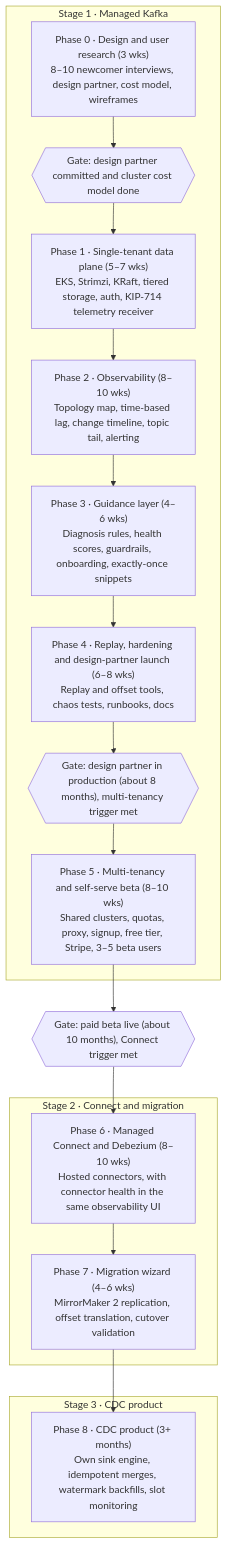
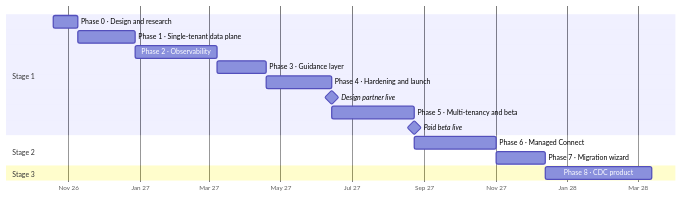
Before and after one commit to ReneP92/changeport: the second of 2 diagrams in docs/PROJECT_PLAN.md, drawn with Mermaid. The commit also changed other lines of this file, not shown here.

Commit message:
Fix overlapping architecture labels and show the roadmap as a timeline

````diff
--- a/docs/PROJECT_PLAN.md
+++ b/docs/PROJECT_PLAN.md
@@ -136,26 +138,21 @@
 ```mermaid
-flowchart TB
-  subgraph S1["Stage 1 · Managed Kafka"]
-    P0["Phase 0 · Design and user research (3 wks)<br/>8–10 newcomer interviews, design partner, cost model, wireframes"]
-    GA{{"Gate: design partner committed and cluster cost model done"}}
-    P1["Phase 1 · Single-tenant data plane (5–7 wks)<br/>EKS, Strimzi, KRaft, tiered storage, auth, KIP-714 telemetry receiver"]
-    P2["Phase 2 · Observability (8–10 wks)<br/>Topology map, time-based lag, change timeline, topic tail, alerting"]
-    P3["Phase 3 · Guidance layer (4–6 wks)<br/>Diagnosis rules, health scores, guardrails, onboarding, exactly-once snippets"]
-    P4["Phase 4 · Replay, hardening and design-partner launch (6–8 wks)<br/>Replay and offset tools, chaos tests, runbooks, docs"]
-    GB{{"Gate: design partner in production (about 8 months), multi-tenancy trigger met"}}
-    P5["Phase 5 · Multi-tenancy and self-serve beta (8–10 wks)<br/>Shared clusters, quotas, proxy, signup, free tier, Stripe, 3–5 beta users"]
-  end
-
-  GC{{"Gate: paid beta live (about 10 months), Connect trigger met"}}
-
-  subgraph S2["Stage 2 · Connect and migration"]
-    P6["Phase 6 · Managed Connect and Debezium (8–10 wks)<br/>Hosted connectors, with connector health in the same observability UI"]
-    P7["Phase 7 · Migration wizard (4–6 wks)<br/>MirrorMaker 2 replication, offset translation, cutover validation"]
-  end
-
-  subgraph S3["Stage 3 · CDC product"]
-    P8["Phase 8 · CDC product (3+ months)<br/>Own sink engine, idempotent merges, watermark backfills, slot monitoring"]
-  end
-
-  P0 --> GA --> P1 --> P2 --> P3 --> P4 --> GB --> P5 --> GC --> P6 --> P7 --> P8
+gantt
+  dateFormat YYYY-MM-DD
+  axisFormat %b %y
+  tickInterval 2month
+  todayMarker off
+  section Stage 1
+  Phase 0 · Design and research      :p0, 2026-10-19, 3w
+  Phase 1 · Single-tenant data plane :p1, after p0, 7w
+  Phase 2 · Observability            :p2, after p1, 10w
+  Phase 3 · Guidance layer           :p3, after p2, 6w
+  Phase 4 · Hardening and launch     :p4, after p3, 8w
+  Design partner live                :milestone, after p4, 0d
+  Phase 5 · Multi-tenancy and beta   :p5, after p4, 10w
+  Paid beta live                     :milestone, after p5, 0d
+  section Stage 2
+  Phase 6 · Managed Connect          :p6, after p5, 10w
+  Phase 7 · Migration wizard         :p7, after p6, 6w
+  section Stage 3
+  Phase 8 · CDC product              :p8, after p7, 13w
 ```
````
